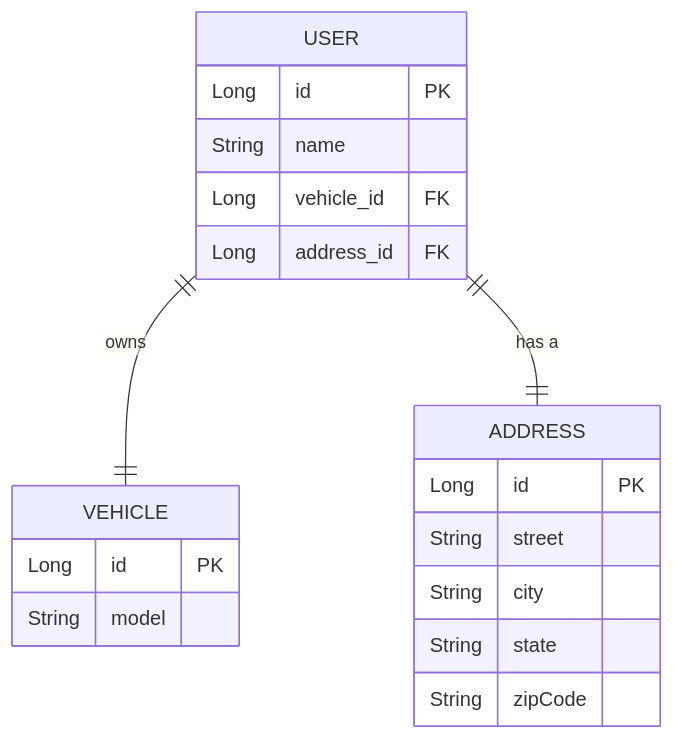
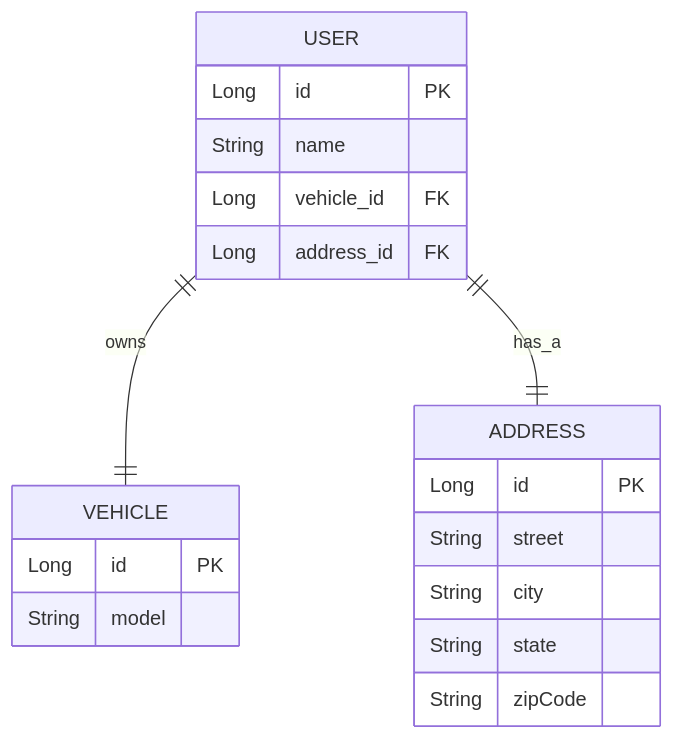
Before and after one commit to nitinkc/nitinkc.github.io: the first of 4 diagrams in _posts/microservices/2022-02-10-hibernate.md, drawn with Mermaid. The commit also changed other lines of this file and 2 other files, not shown here.

Commit message:
Fix Mermaid ER diagrams: remove quoted field descriptions, normalize relationship labels, and ensure valid syntax across affected posts

````diff
--- a/_posts/microservices/2022-02-10-hibernate.md
+++ b/_posts/microservices/2022-02-10-hibernate.md
@@ -28,23 +28,23 @@
 ```mermaid!
 erDiagram
     USER {
         Long id PK
         String name
         Long vehicle_id FK
         Long address_id FK
     }
     VEHICLE {
         Long id PK
         String model
     }
     USER ||--|| VEHICLE : owns
 
     ADDRESS {
         Long id PK
         String street
         String city
         String state
         String zipCode
     }
-    USER ||--|| ADDRESS : "has a"
+    USER ||--|| ADDRESS : has_a
 ```
````
